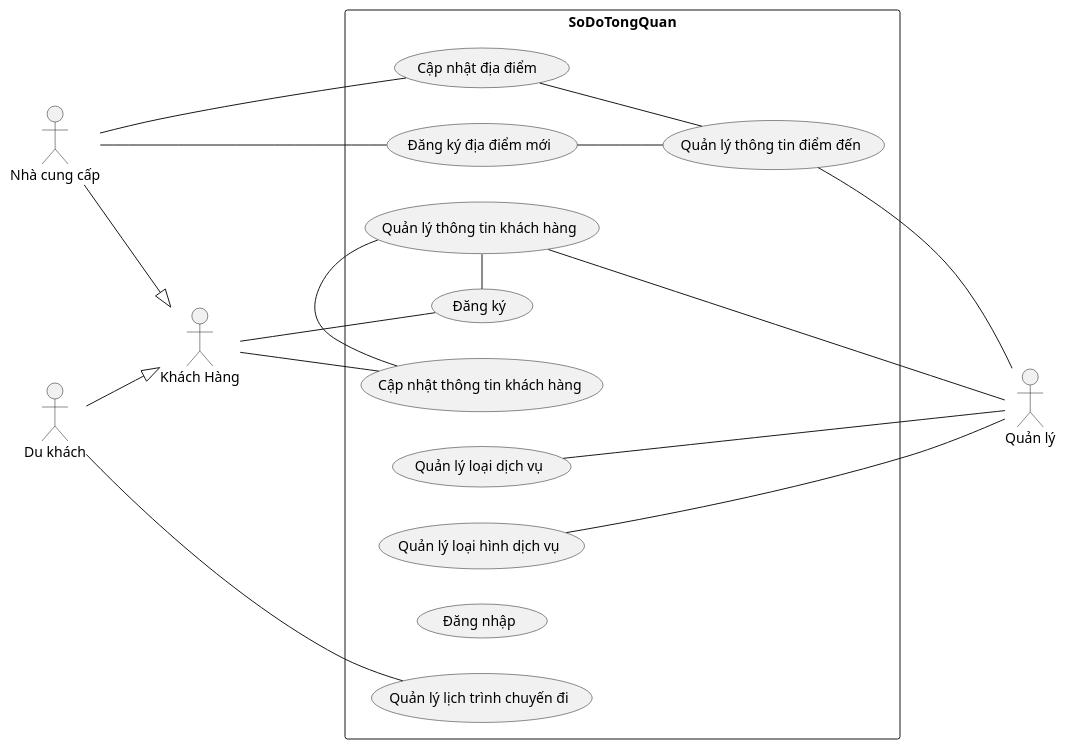
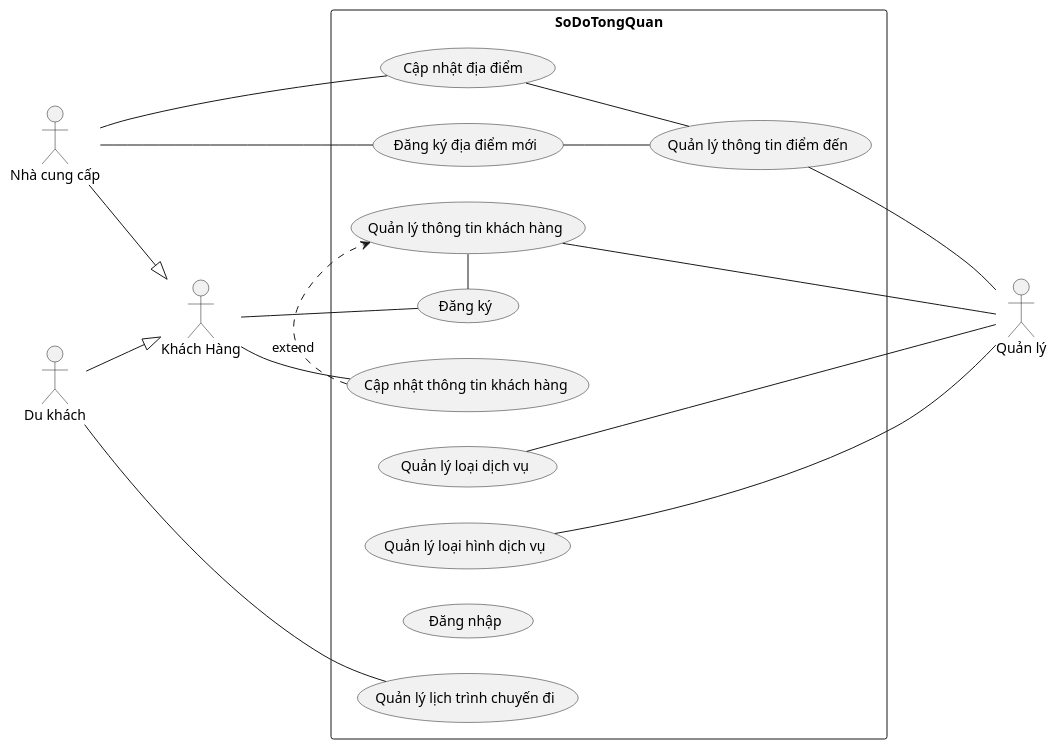
One commit to TranTan-Dat/LV_DuLichDienTu changed the diagram in PlanUML/UseCase.puml. Above: the diagram before and after it, drawn with PlantUML.

Commit message:
Update UC Dia

```diff
--- a/PlanUML/UseCase.puml
+++ b/PlanUML/UseCase.puml
@@ -1,49 +1,49 @@
 @startuml SoDoUC
 left to right direction
 actor "Quản lý" as QL
 actor "Khách Hàng" as KH
 actor "Nhà cung cấp" as NCC
 actor "Du khách" as DKhach
 
 
 rectangle  SoDoTongQuan{
   usecase "Quản lý loại dịch vụ" as QLLDV
   usecase "Quản lý loại hình dịch vụ" as QLLHDV
   usecase "Quản lý thông tin điểm đến" as QLTTDD
 
   usecase "Cập nhật địa điểm " as CapNhat_TTDD
   usecase "Đăng ký địa điểm mới" as Them_TTDD
   usecase "Cập nhật thông tin khách hàng" as CapNhat_TTKH
 
   usecase "Quản lý thông tin khách hàng" as QLTTKH
   usecase "Đăng ký" as DKy
   usecase "Đăng nhập" as DNhap
   usecase "Quản lý lịch trình chuyến đi" as QLCD
   
 }
 CapNhat_TTDD -- QLTTDD
 Them_TTDD -- QLTTDD
- QLTTKH - DKy
-CapNhat_TTKH - QLTTKH
+QLTTKH - DKy
+CapNhat_TTKH .> QLTTKH : extend
 
-KH --- CapNhat_TTKH
+KH -- CapNhat_TTKH
 KH -- DKy
 
 QLTTDD - QL
 QLLHDV ---- QL
 QLTTKH - QL
 QLLDV -- QL
 
 
 
 NCC --|> KH
 
 DKhach --|> KH
 
 NCC - CapNhat_TTDD
 NCC - Them_TTDD
 
 
 DKhach -- QLCD
 
 @enduml
```
